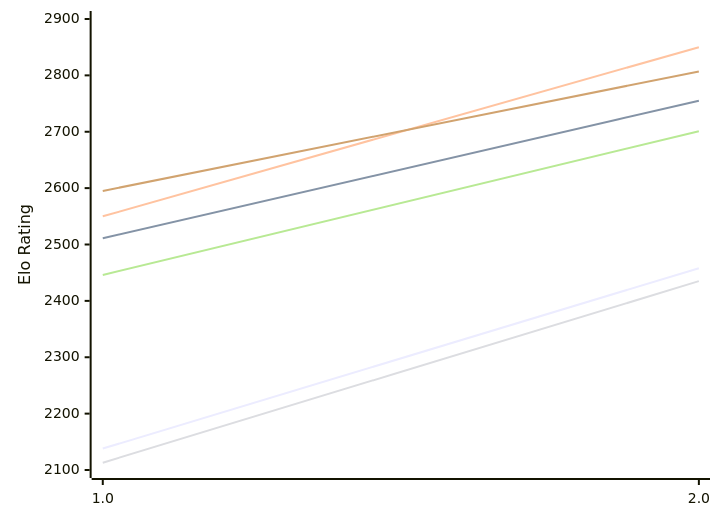
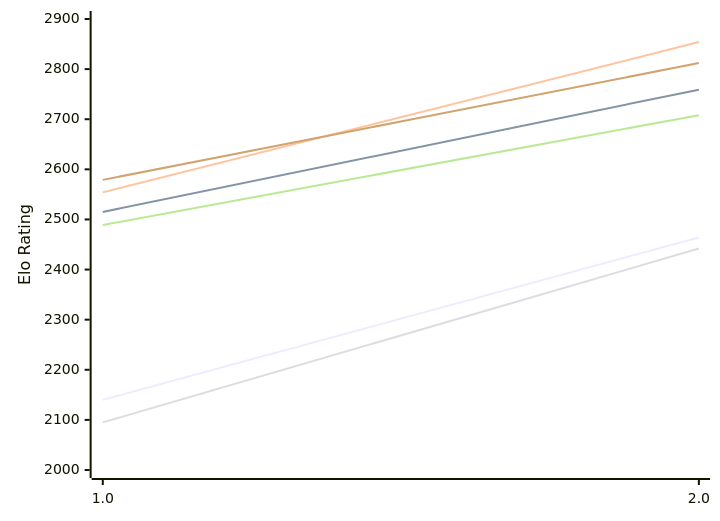
One commit to computer-chess-index/cci changed the first of 2 diagrams in engines/Revolver.md. Above: the diagram before and after it, drawn with Mermaid. The commit also changed other lines of this file, not shown here.

Commit message:
Update CCI Ratings (ELO VLTC) - 2026-11-20

````diff
--- a/engines/Revolver.md
+++ b/engines/Revolver.md
@@ -50,12 +50,12 @@
 ```mermaid
 %%{init: {"theme":"base","themeVariables":{"seriesColors:['#a3a3a3','#222221','#faa371']}}}%%
 xychart-beta
   x-axis ["1.0", "2.0"]
-  y-axis "Elo Rating" 2100 --> 2900
-  line "E1: STC (8.0+0.08s)" [2138, 2458]
-  line "E1: LTC (60.0+0.60s)" [2511, 2755]
-  line "E1: VLTC (2m24s+1.12s)" [2550, 2850]
-  line "P1: STC (8.0+0.08s)" [2113, 2435]
-  line "P1: LTC (60.0+0.60s)" [2446, 2701]
-  line "P1: VLTC (2m24s+1.12s)" [2595, 2807]
+  y-axis "Elo Rating" 2000 --> 2900
+  line "E1: STC (8.0+0.08s)" [2140, 2464]
+  line "E1: LTC (60.0+0.60s)" [2515, 2759]
+  line "E1: VLTC (2m24s+1.12s)" [2554, 2854]
+  line "P1: STC (8.0+0.08s)" [2095, 2442]
+  line "P1: LTC (60.0+0.60s)" [2489, 2708]
+  line "P1: VLTC (2m24s+1.12s)" [2579, 2812]
 ```
````
